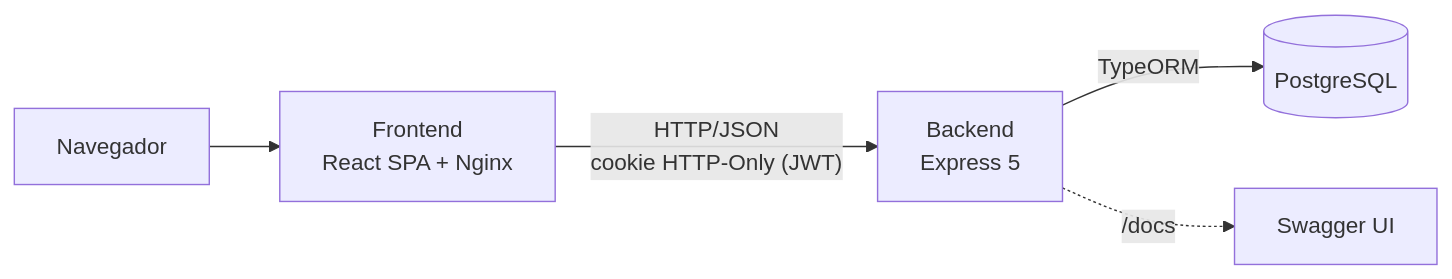
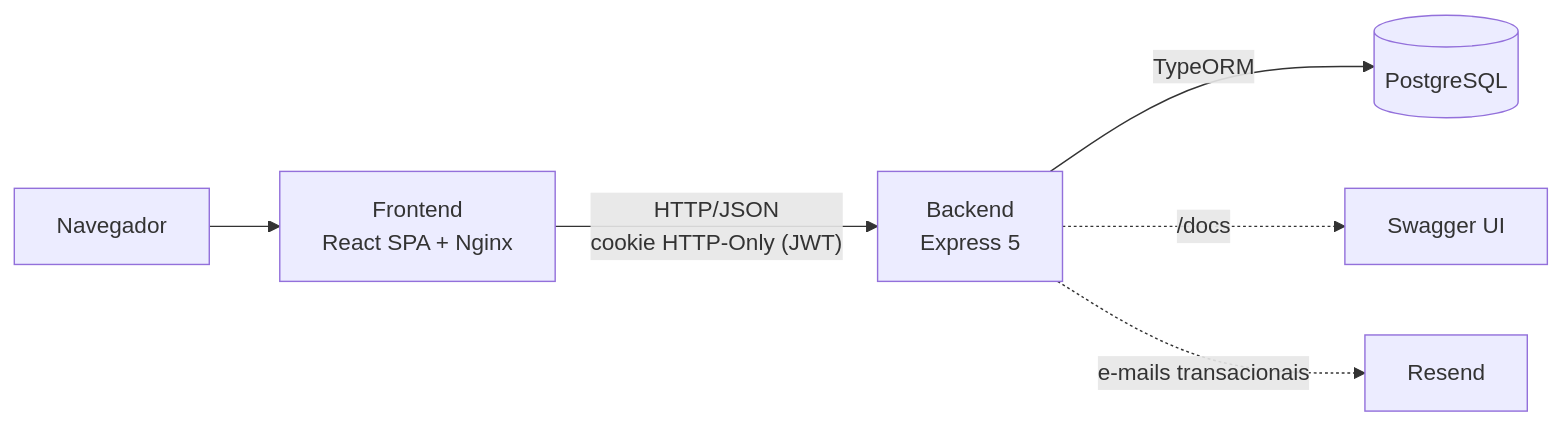
The first of 4 diagrams in docs/ARQUITETURA.md (VerdeAr/backend), drawn with Mermaid before and after one commit. The commit also changed other lines of this file and 5 other files, not shown here.

Commit message:
docs(email): [VER-83] documenta e-mails transacionais e variaveis

````diff
--- a/docs/ARQUITETURA.md
+++ b/docs/ARQUITETURA.md
@@ -50,7 +51,8 @@
 ```mermaid
 flowchart LR
     U[Navegador] --> F[Frontend<br/>React SPA + Nginx]
     F -- "HTTP/JSON<br/>cookie HTTP-Only (JWT)" --> A[Backend<br/>Express 5]
     A -- "TypeORM" --> D[(PostgreSQL)]
     A -. "/docs" .-> S[Swagger UI]
+    A -. "e-mails transacionais" .-> R[Resend]
 ```
````
